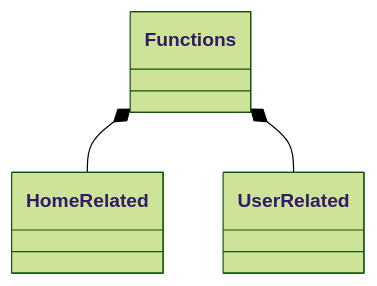
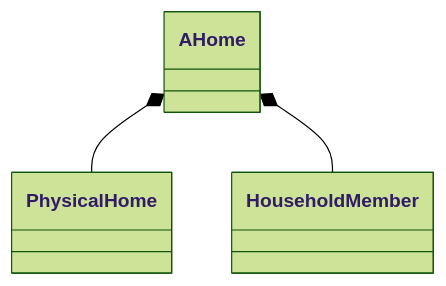
One commit to TAPPaaS/TAPPaaS changed the third of 3 diagrams in Documentation/Architecture/Capabilities.md. Above: the diagram before and after it, drawn with Mermaid (forest theme). The commit also changed other lines of this file, not shown here.

````diff
--- a/Documentation/Architecture/Capabilities.md
+++ b/Documentation/Architecture/Capabilities.md
@@ -32,5 +49,5 @@
 ```mermaid
 classDiagram
-		Functions *-- HomeRelated
-		Functions *-- UserRelated
+		A Home *-- PhysicalHome
+		A Home *-- Household Member
 ```
````
